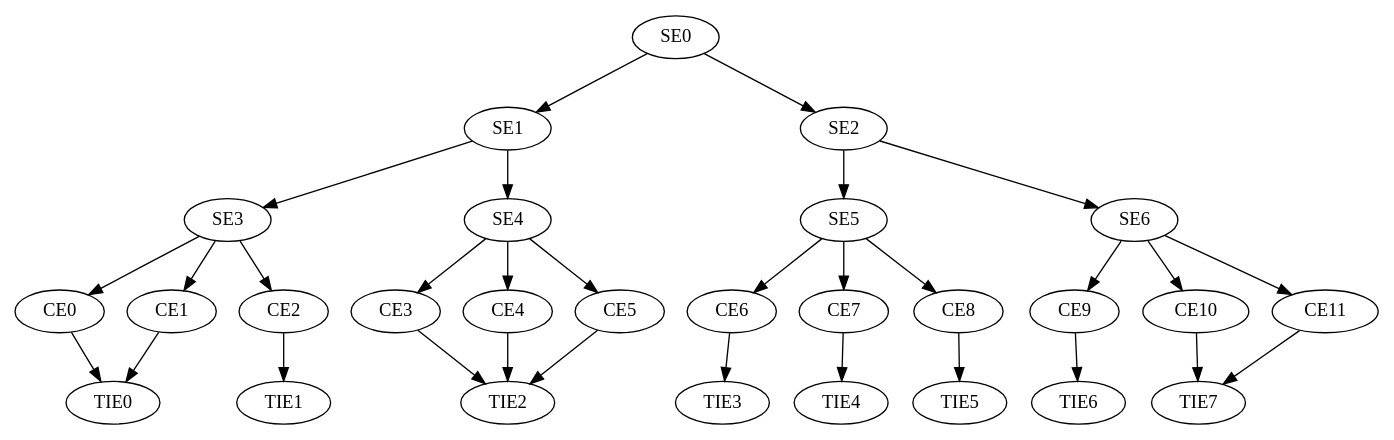
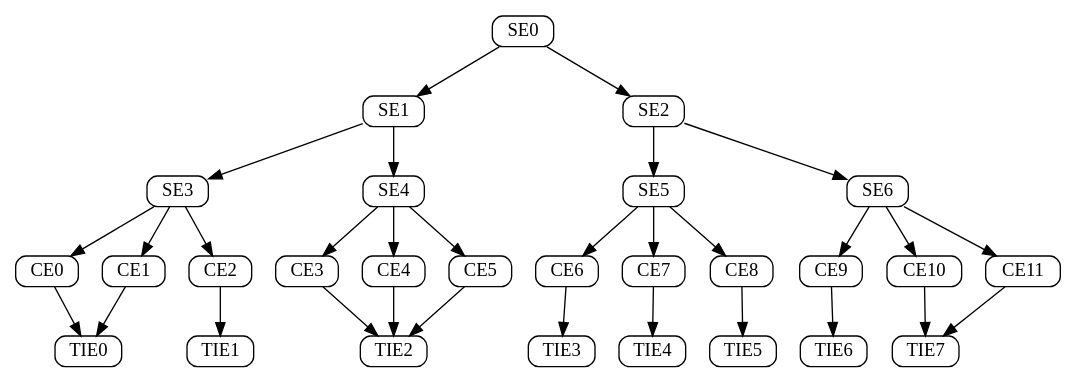
One commit to Nisoka/kaldi-orgs changed the diagram in others/dot-graph/tree_tied.dot. Above: the diagram before and after it, drawn with Graphviz. The commit also changed 5 other files, not shown here.

```diff
--- a/others/dot-graph/tree_tied.dot
+++ b/others/dot-graph/tree_tied.dot
@@ -1,21 +1,21 @@
 digraph TreeTied{
-        node[shapre=Mrecord, width=.1, height=.1]
+        node[shape=Mrecord, width=.1, height=.1]
 
         SE0 -> {SE1, SE2}
         SE1 -> {SE3, SE4}
         SE2 -> {SE5, SE6}
 
         SE3 -> {CE0, CE1, CE2}
         SE4 -> {CE3, CE4, CE5}
         SE5 -> {CE6, CE7, CE8}
         SE6 -> {CE9, CE10, CE11}
 
         {CE0, CE1} -> TIE0
         {CE2} -> TIE1
         {CE3, CE4, CE5} -> TIE2
         {CE6} -> TIE3
         {CE7} -> TIE4
         {CE8} -> TIE5
         {CE9} -> TIE6
         {CE10, CE11} -> TIE7
 }
```
